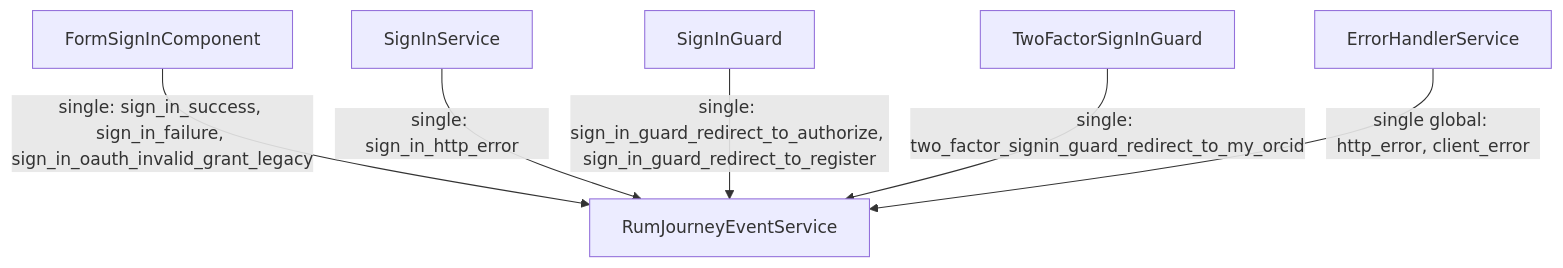
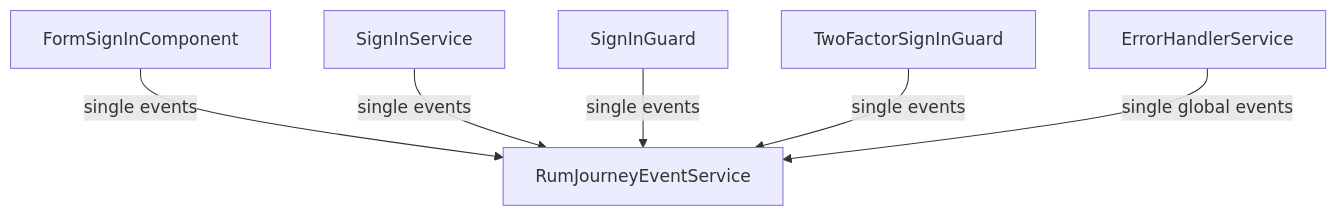
Before and after one commit to ORCID/orcid-angular: the diagram in src/app/rum/signin-observability.md, drawn with Mermaid. The commit also changed 7 other files, not shown here.

````diff
--- a/src/app/rum/signin-observability.md
+++ b/src/app/rum/signin-observability.md
@@ -26,8 +26,8 @@
 ```mermaid
 flowchart TD
-  FormSignIn["FormSignInComponent"] -->|"single: sign_in_success, sign_in_failure, sign_in_oauth_invalid_grant_legacy"| RumService["RumJourneyEventService"]
-  SignInService["SignInService"] -->|"single: sign_in_http_error"| RumService
-  SignInGuard["SignInGuard"] -->|"single: sign_in_guard_redirect_to_authorize, sign_in_guard_redirect_to_register"| RumService
-  TwoFactorGuard["TwoFactorSignInGuard"] -->|"single: two_factor_signin_guard_redirect_to_my_orcid"| RumService
-  ErrorHandlerService["ErrorHandlerService"] -->|"single global: http_error, client_error"| RumService
+  FormSignIn["FormSignInComponent"] -->|"single events"| RumService["RumJourneyEventService"]
+  SignInService["SignInService"] -->|"single events"| RumService
+  SignInGuard["SignInGuard"] -->|"single events"| RumService
+  TwoFactorGuard["TwoFactorSignInGuard"] -->|"single events"| RumService
+  ErrorHandlerService["ErrorHandlerService"] -->|"single global events"| RumService
 ```
````
